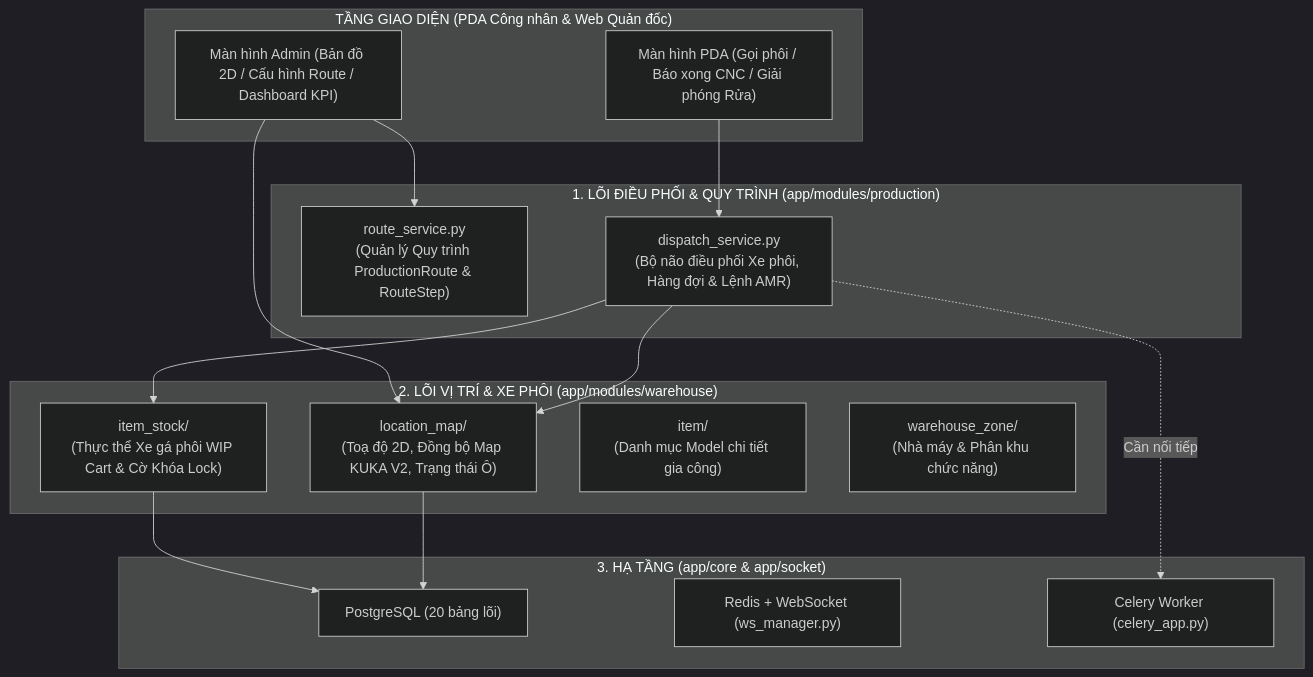
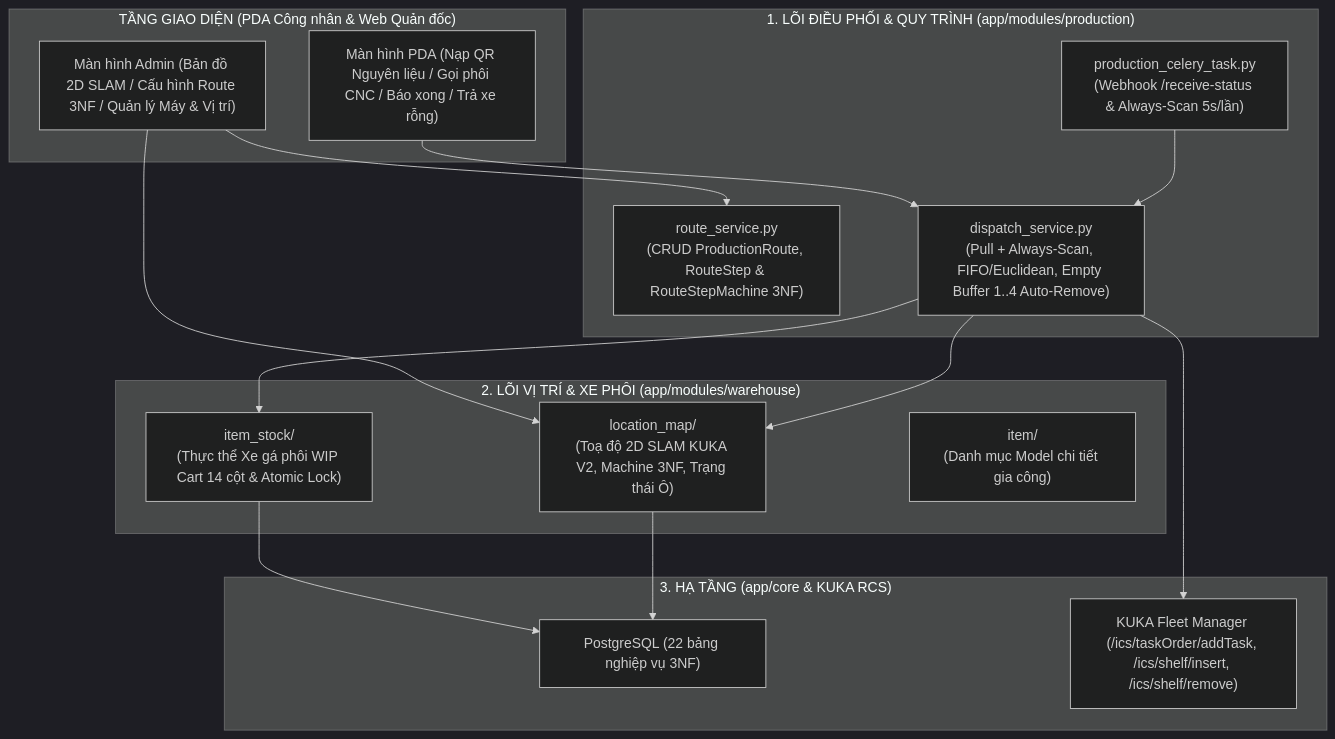
One commit to Minowu/Kuka_WMS changed the diagram in DOCS/01_core_modules_and_functions_reference.md. Above: the diagram before and after it, drawn with Mermaid (dark theme). The commit also changed other lines of this file and 10 other files, not shown here.

First line of the commit message:
docs & test: update architectural specs and dispatch verification suite

````diff
--- a/DOCS/01_core_modules_and_functions_reference.md
+++ b/DOCS/01_core_modules_and_functions_reference.md
@@ -11,34 +9,34 @@
 ```mermaid
 flowchart TD
     subgraph UI_LAYER["TẦNG GIAO DIỆN (PDA Công nhân & Web Quản đốc)"]
-        PDA["Màn hình PDA (Gọi phôi / Báo xong CNC / Giải phóng Rửa)"]
-        WEB["Màn hình Admin (Bản đồ 2D / Cấu hình Route / Dashboard KPI)"]
+        PDA["Màn hình PDA (Nạp QR Nguyên liệu / Gọi phôi CNC / Báo xong / Trả xe rỗng)"]
+        WEB["Màn hình Admin (Bản đồ 2D SLAM / Cấu hình Route 3NF / Quản lý Máy & Vị trí)"]
     end
 
     subgraph CORE_DISPATCH["1. LÕI ĐIỀU PHỐI & QUY TRÌNH (app/modules/production)"]
-        ROUTE_SVC["route_service.py<br/>(Quản lý Quy trình ProductionRoute & RouteStep)"]
-        DISP_SVC["dispatch_service.py<br/>(Bộ não điều phối Xe phôi, Hàng đợi & Lệnh AMR)"]
+        ROUTE_SVC["route_service.py<br/>(CRUD ProductionRoute, RouteStep & RouteStepMachine 3NF)"]
+        DISP_SVC["dispatch_service.py<br/>(Pull + Always-Scan, FIFO/Euclidean, Empty Buffer 1..4 Auto-Remove)"]
+        CELERY_TASK["production_celery_task.py<br/>(Webhook /receive-status & Always-Scan 5s/lần)"]
     end
 
     subgraph CORE_STATE["2. LÕI VỊ TRÍ & XE PHÔI (app/modules/warehouse)"]
-        LOC_SVC["location_map/<br/>(Toạ độ 2D, Đồng bộ Map KUKA V2, Trạng thái Ô)"]
-        STOCK_SVC["item_stock/<br/>(Thực thể Xe gá phôi WIP Cart & Cờ Khóa Lock)"]
+        LOC_SVC["location_map/<br/>(Toạ độ 2D SLAM KUKA V2, Machine 3NF, Trạng thái Ô)"]
+        STOCK_SVC["item_stock/<br/>(Thực thể Xe gá phôi WIP Cart 14 cột & Atomic Lock)"]
         ITEM_SVC["item/<br/>(Danh mục Model chi tiết gia công)"]
-        ZONE_SVC["warehouse_zone/<br/>(Nhà máy & Phân khu chức năng)"]
     end
 
-    subgraph CORE_INFRA["3. HẠ TẦNG (app/core & app/socket)"]
-        DB["PostgreSQL (20 bảng lõi)"]
-        REDIS["Redis + WebSocket (ws_manager.py)"]
-        CELERY["Celery Worker (celery_app.py)"]
+    subgraph CORE_INFRA["3. HẠ TẦNG (app/core & KUKA RCS)"]
+        DB["PostgreSQL (22 bảng nghiệp vụ 3NF)"]
+        KUKA["KUKA Fleet Manager (/ics/taskOrder/addTask, /ics/shelf/insert, /ics/shelf/remove)"]
     end
 
     PDA --> DISP_SVC
     WEB --> ROUTE_SVC
     WEB --> LOC_SVC
+    CELERY_TASK --> DISP_SVC
     DISP_SVC --> STOCK_SVC
     DISP_SVC --> LOC_SVC
+    DISP_SVC --> KUKA
     STOCK_SVC --> DB
     LOC_SVC --> DB
-    DISP_SVC -. "Cần nối tiếp" .-> CELERY
 ```
````
